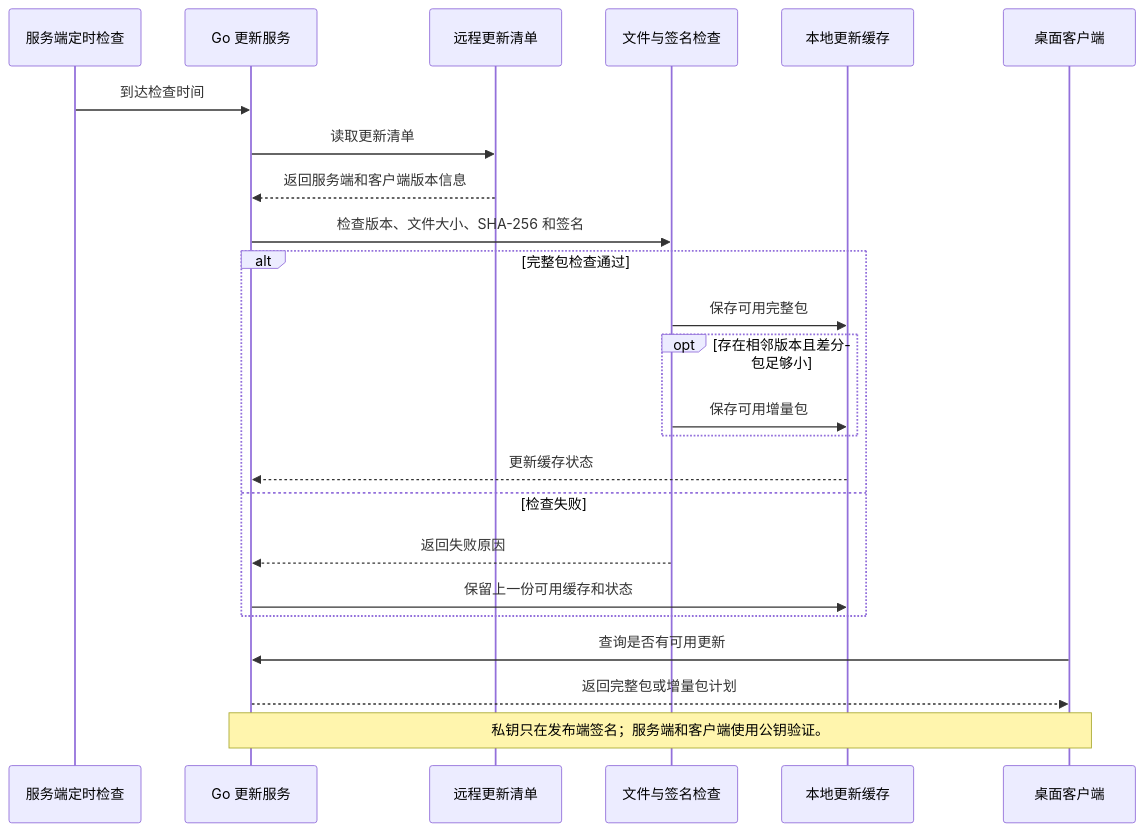
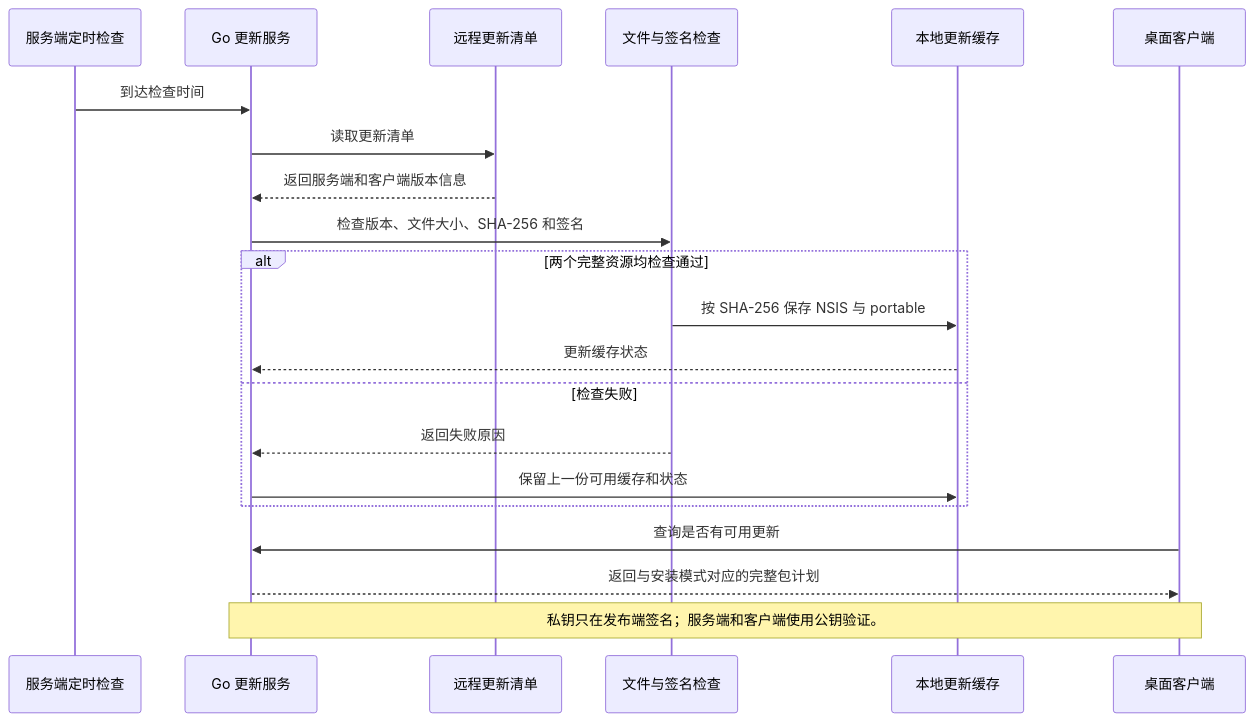
The seventh of 7 diagrams in docs/BACKEND_ARCHITECTURE.md (SilenceJR/bb_erp_echo), drawn with Mermaid before and after one commit. The commit also changed other lines of this file and 158 other files, not shown here.

```diff
--- a/docs/BACKEND_ARCHITECTURE.md
+++ b/docs/BACKEND_ARCHITECTURE.md
@@ -264,29 +278,26 @@
 ~~~mermaid
 sequenceDiagram
     participant scheduler as 服务端定时检查
     participant api as Go 更新服务
     participant remote as 远程更新清单
     participant verify as 文件与签名检查
     participant cache as 本地更新缓存
     participant client as 桌面客户端
 
     scheduler->>api: 到达检查时间
     api->>remote: 读取更新清单
     remote-->>api: 返回服务端和客户端版本信息
     api->>verify: 检查版本、文件大小、SHA-256 和签名
 
-    alt 完整包检查通过
-        verify->>cache: 保存可用完整包
-        opt 存在相邻版本且差分包足够小
-            verify->>cache: 保存可用增量包
-        end
+    alt 两个完整资源均检查通过
+        verify->>cache: 按 SHA-256 保存 NSIS 与 portable
         cache-->>api: 更新缓存状态
     else 检查失败
         verify-->>api: 返回失败原因
         api->>cache: 保留上一份可用缓存和状态
     end
 
     client->>api: 查询是否有可用更新
-    api-->>client: 返回完整包或增量包计划
+    api-->>client: 返回与安装模式对应的完整包计划
     Note over api,client: 私钥只在发布端签名；服务端和客户端使用公钥验证。
 ~~~
```
